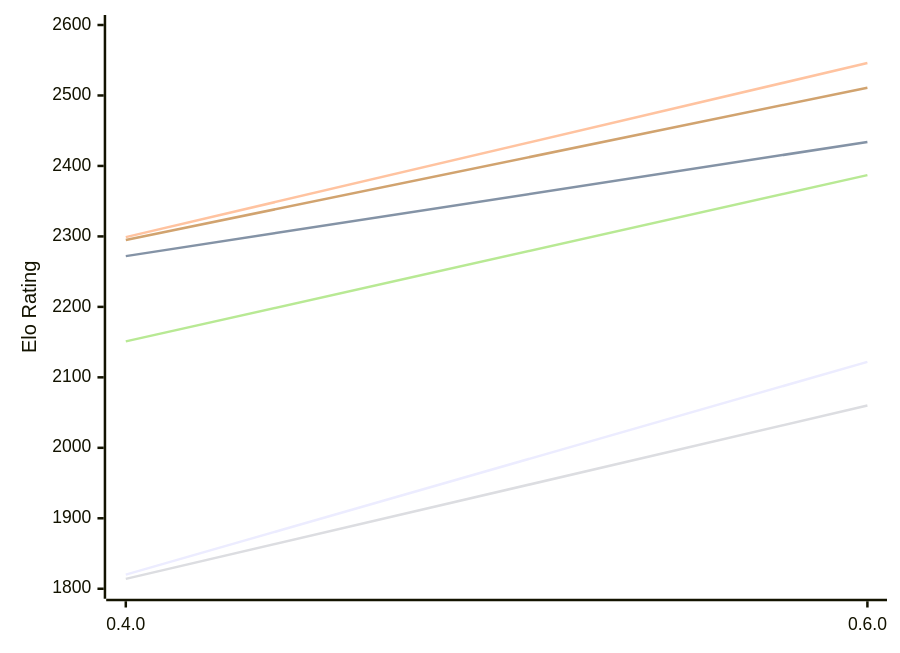
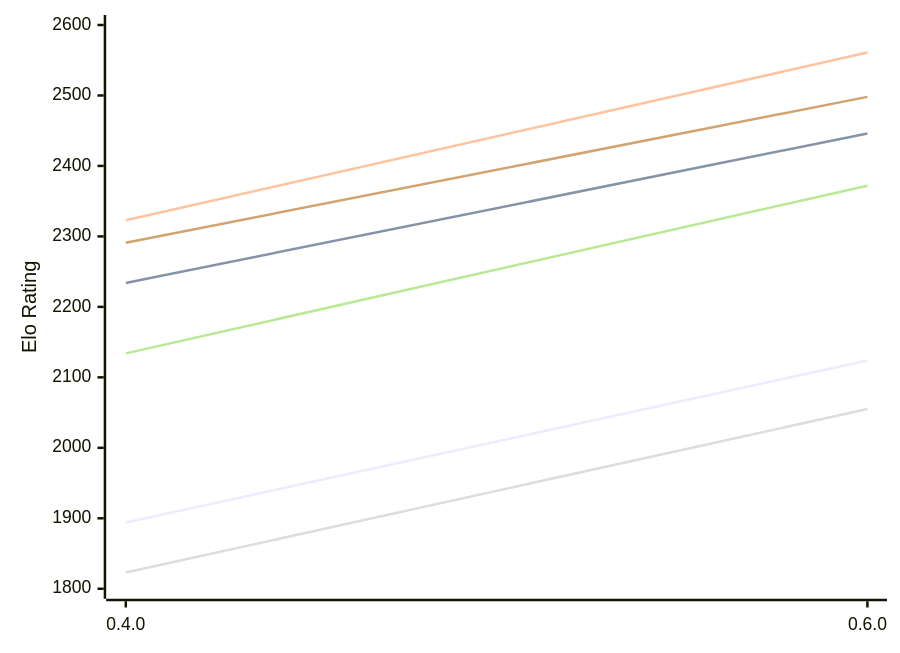
One commit to computer-chess-index/cci changed the first of 2 diagrams in engines/Ariadne.md. Above: the diagram before and after it, drawn with Mermaid. The commit also changed other lines of this file, not shown here.

Commit message:
Update CCI Ratings (ELO VLTC) - 2026-11-14

````diff
--- a/engines/Ariadne.md
+++ b/engines/Ariadne.md
@@ -50,12 +50,12 @@
 ```mermaid
 %%{init: {"theme":"base","themeVariables":{"seriesColors:['#a3a3a3','#222221','#faa371']}}}%%
 xychart-beta
   x-axis ["0.4.0", "0.6.0"]
   y-axis "Elo Rating" 1800 --> 2600
-  line "E1: STC (8.0+0.08s)" [1820, 2122]
-  line "E1: LTC (60.0+0.60s)" [2272, 2434]
-  line "E1: VLTC (2m24s+1.12s)" [2299, 2546]
-  line "P1: STC (8.0+0.08s)" [1814, 2060]
-  line "P1: LTC (60.0+0.60s)" [2151, 2387]
-  line "P1: VLTC (2m24s+1.12s)" [2295, 2511]
+  line "E1: STC (8.0+0.08s)" [1894, 2124]
+  line "E1: LTC (60.0+0.60s)" [2234, 2446]
+  line "E1: VLTC (2m24s+1.12s)" [2323, 2561]
+  line "P1: STC (8.0+0.08s)" [1823, 2055]
+  line "P1: LTC (60.0+0.60s)" [2134, 2372]
+  line "P1: VLTC (2m24s+1.12s)" [2291, 2498]
 ```
````
